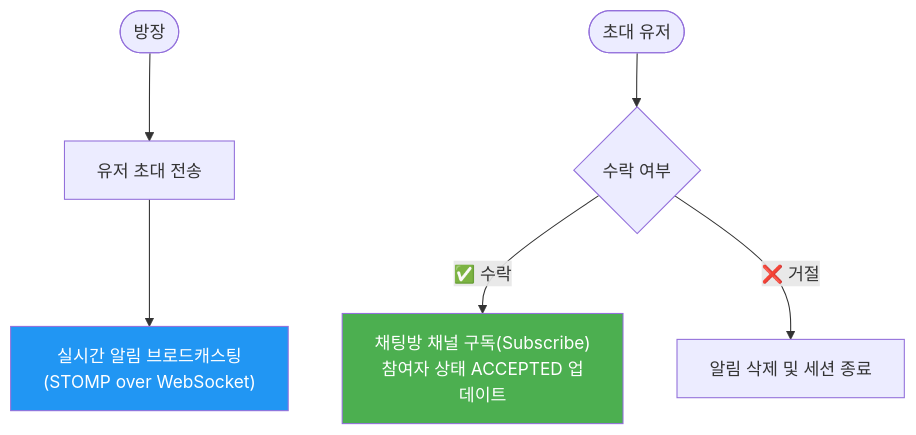
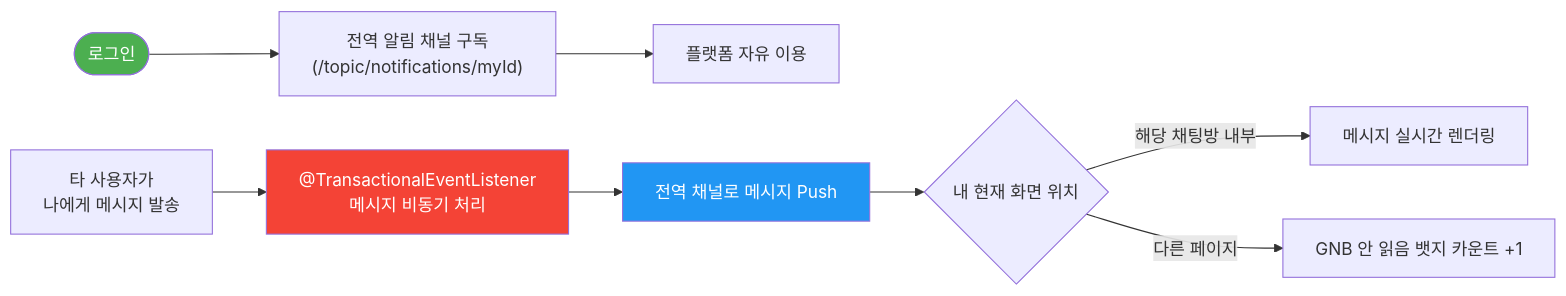
The third of 6 diagrams in userflow.md (KJH-Portfolio/202602-Environmenta-Organization), drawn with Mermaid before and after one commit. The commit also changed other lines of this file and 4 other files, not shown here.

````diff
--- a/userflow.md
+++ b/userflow.md
@@ -66,12 +90,15 @@
 ```mermaid
-flowchart TD
-    HOST([방장]) --> INVITE[유저 초대 전송]
-    INVITE --> WS_PUSH["실시간 알림 브로드캐스팅\n(STOMP over WebSocket)"]
+flowchart LR
+    S([로그인]) --> SUB["전역 알림 채널 구독<br/>(/topic/notifications/myId)"]
+    SUB --> MAIN[플랫폼 자유 이용]
     
-    USER([초대 유저]) --> CHOICE{수락 여부}
-    CHOICE -- "✅ 수락" --> SUBSCRIBE["채팅방 채널 구독(Subscribe)\n참여자 상태 ACCEPTED 업데이트"]
-    CHOICE -- "❌ 거절" --> REJECT[알림 삭제 및 세션 종료]
+    OTHER["타 사용자가<br/>나에게 메시지 발송"] --> EVENT["@TransactionalEventListener<br/>메시지 비동기 처리"]
+    EVENT --> PUSH["전역 채널로 메시지 Push"]
+    PUSH --> ALARM{"내 현재 화면 위치"}
+    ALARM -->|해당 채팅방 내부| CHAT["메시지 실시간 렌더링"]
+    ALARM -->|다른 페이지| BADGE["GNB 안 읽음 뱃지 카운트 +1"]
 
-    style WS_PUSH fill:#2196F3,color:#fff
-    style SUBSCRIBE fill:#4CAF50,color:#fff
+    style S fill:#4CAF50,color:#fff
+    style EVENT fill:#F44336,color:#fff
+    style PUSH fill:#2196F3,color:#fff
 ```
````
